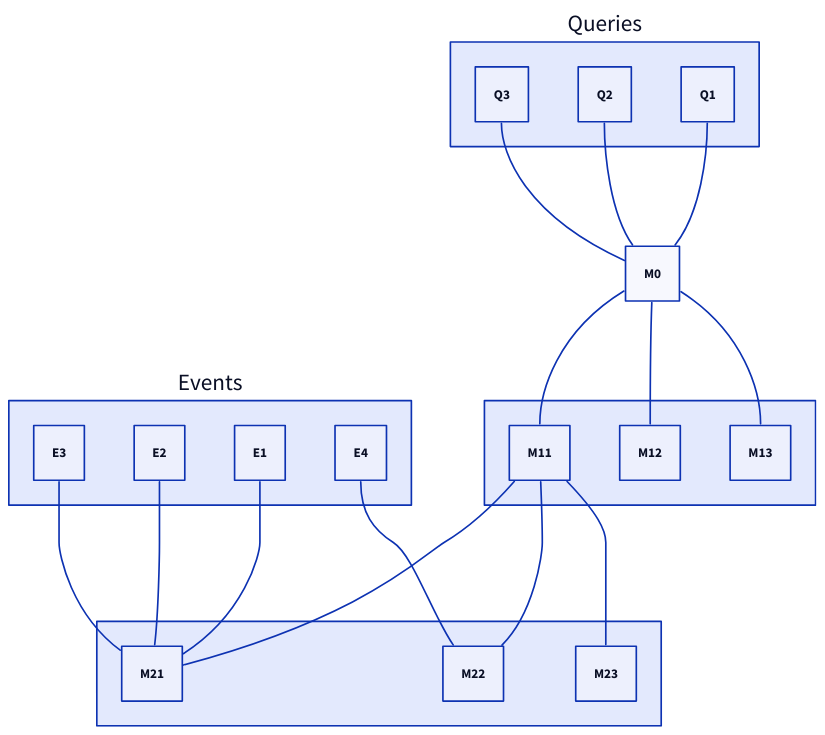
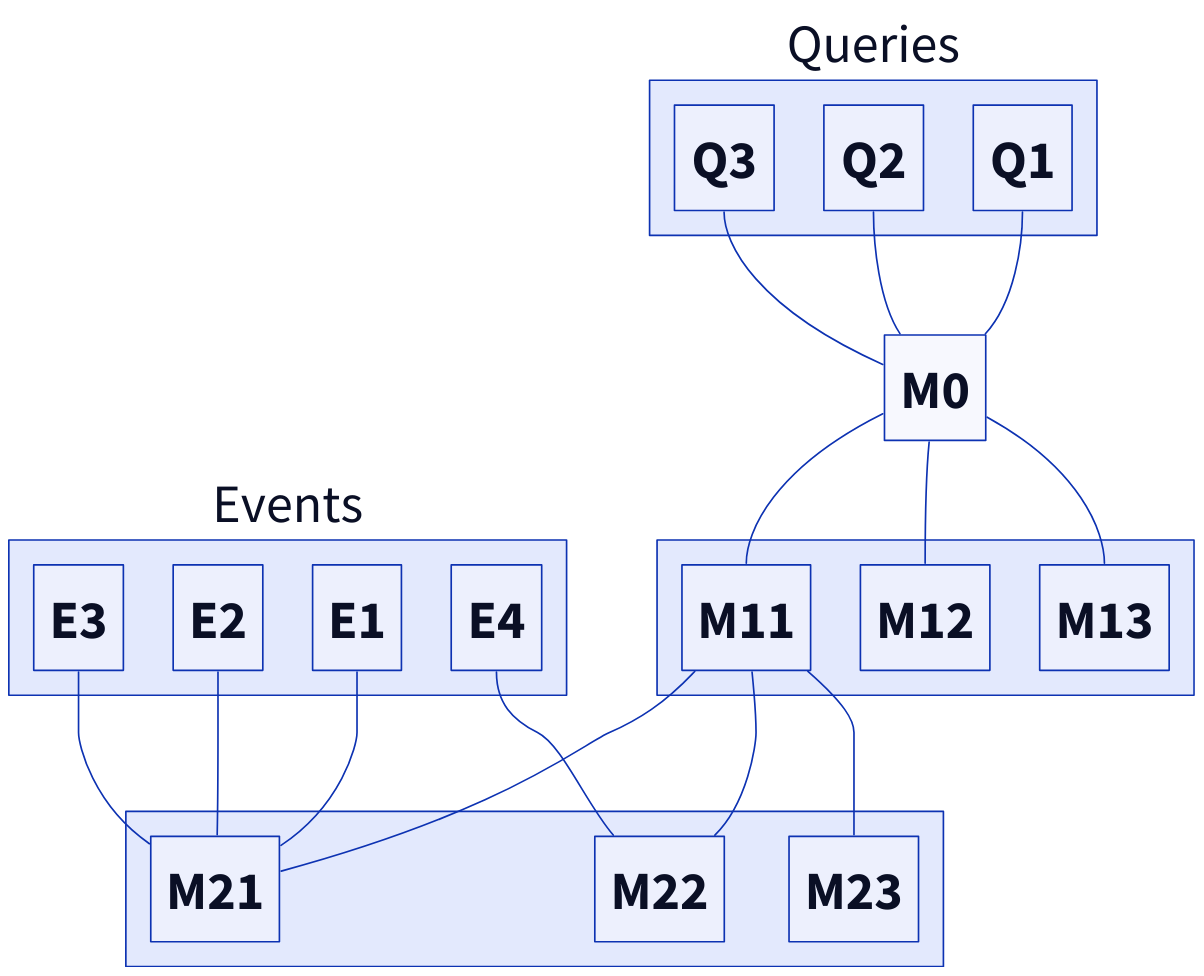
One commit to Gizzatovamir/Digital_twin_modeling changed the diagram in d2/fig_10.d2. Above: the diagram before and after it, drawn with D2.

Commit message:
minot changes

```diff
--- a/d2/fig_10.d2
+++ b/d2/fig_10.d2
@@ -1,49 +1,57 @@
 Queries:{
     Q1
     Q2
     Q3
 }
 
 M0
 
 L1: ""
 
 L1:{
     M11
     M12
     M13
 }
 
 L2: ""
 
 L2:{
     M21
     M22
     M23
 }
 
 Events: {
     E1
     E2
     E3
     E4
 }
 
 Queries.Q1 -- M0
 Queries.Q2 -- M0
 Queries.Q3 -- M0
 
 
 M0 -- L1.M11
 M0 -- L1.M12
 M0 -- L1.M13
 
 L1.M11 -- L2.M21
 L1.M11 -- L2.M22
 L1.M11 -- L2.M23
 
 
 Events.E1 -- L2.M21
 Events.E2 -- L2.M21
 Events.E3 -- L2.M21
 Events.E4 -- L2.M22
+
+**: {
+  style.font-size: 65{
+  style: {
+    stroke-dash: 3
+  }
+}
+}
```
